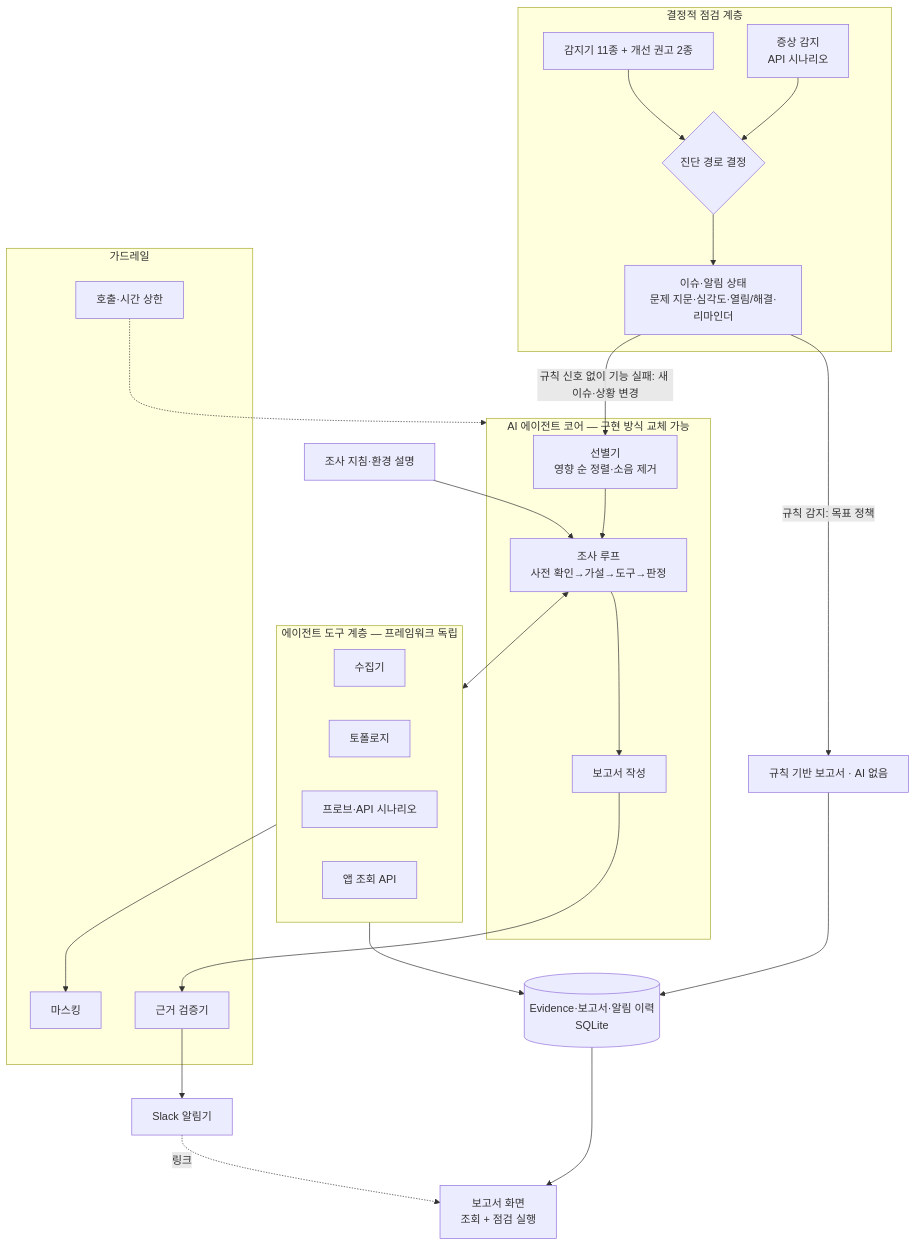
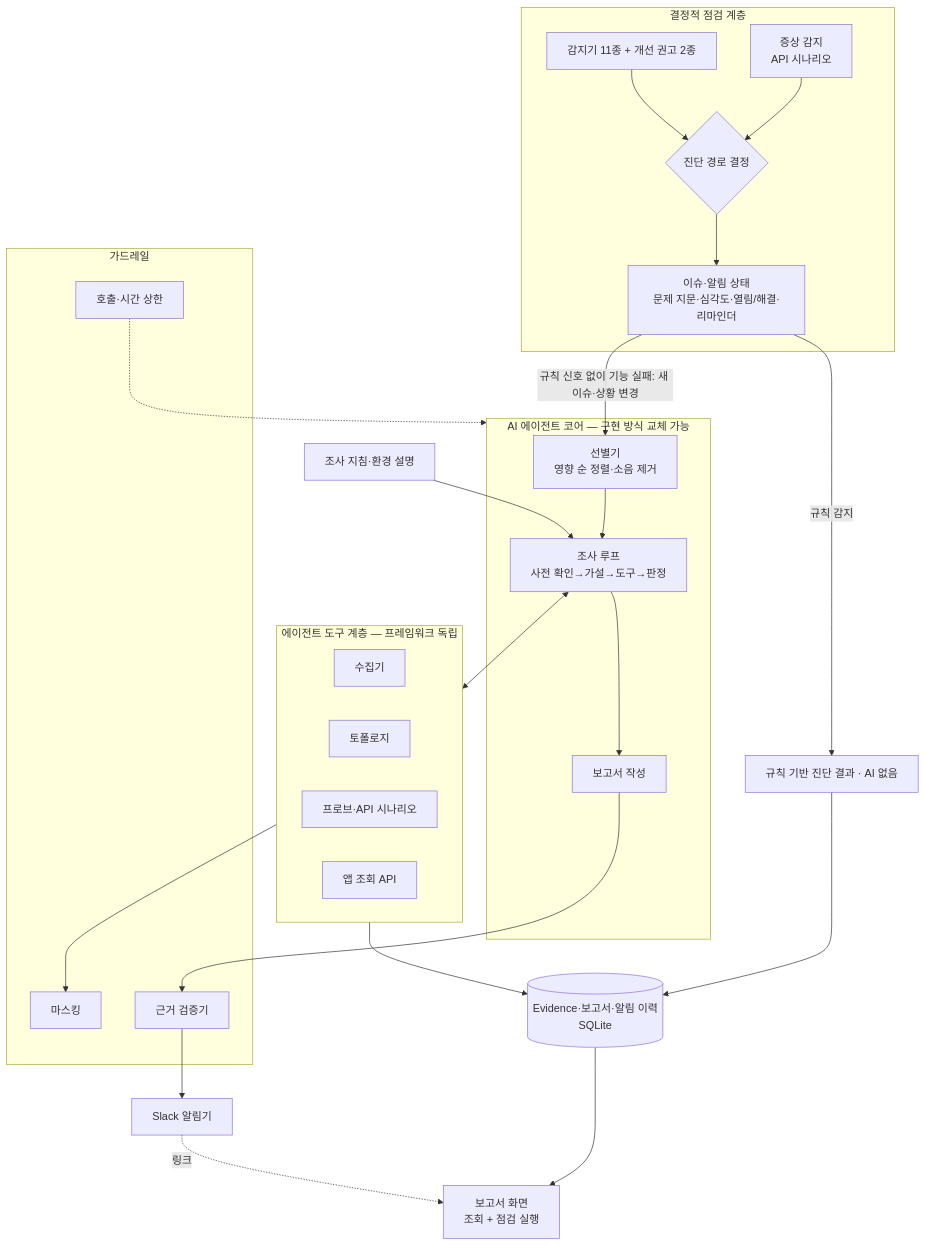
Before and after one commit to skax-jihyeryu/KubeGuardian: the third of 3 diagrams in docs/01-project-proposal.md, drawn with Mermaid. The commit also changed other lines of this file and 2 other files, not shown here.

````diff
--- a/docs/01-project-proposal.md
+++ b/docs/01-project-proposal.md
@@ -234,39 +234,39 @@
 ```mermaid
 flowchart TB
     subgraph Det[결정적 점검 계층]
         Rules[감지기 11종 + 개선 권고 2종]
         Sym[증상 감지<br/>API 시나리오]
         Gate{진단 경로 결정}
         Alert[이슈·알림 상태<br/>문제 지문·심각도·열림/해결·리마인더]
         Rules --> Gate
         Sym --> Gate
         Gate --> Alert
     end
     subgraph Agent[AI 에이전트 코어 — 구현 방식 교체 가능]
         Triage[선별기<br/>영향 순 정렬·소음 제거]
         Inv[조사 루프<br/>사전 확인→가설→도구→판정]
         Writer[보고서 작성]
     end
     subgraph Tools[에이전트 도구 계층 — 프레임워크 독립]
         Col[수집기]
         Topo[토폴로지]
         Probe[프로브·API 시나리오]
         App[앱 조회 API]
     end
     subgraph Guard[가드레일]
         Mask[마스킹]
         Val[근거 검증기]
         Bud[호출·시간 상한]
     end
-    Alert -->|규칙 감지: 목표 정책| RuleReport[규칙 기반 보고서 · AI 없음]
+    Alert -->|규칙 감지| RuleReport[규칙 기반 진단 결과 · AI 없음]
     RuleReport --> Store
     Alert -->|규칙 신호 없이 기능 실패: 새 이슈·상황 변경| Triage --> Inv --> Writer
     Inv <--> Tools
     RB[조사 지침·환경 설명] --> Inv
     Tools --> Mask
     Writer --> Val --> Notify[Slack 알림기]
     Bud -.-> Agent
     Tools --> Store[(Evidence·보고서·알림 이력<br/>SQLite)]
     Store --> Screen[보고서 화면<br/>조회 + 점검 실행]
     Notify -. 링크 .-> Screen
 ```
````
